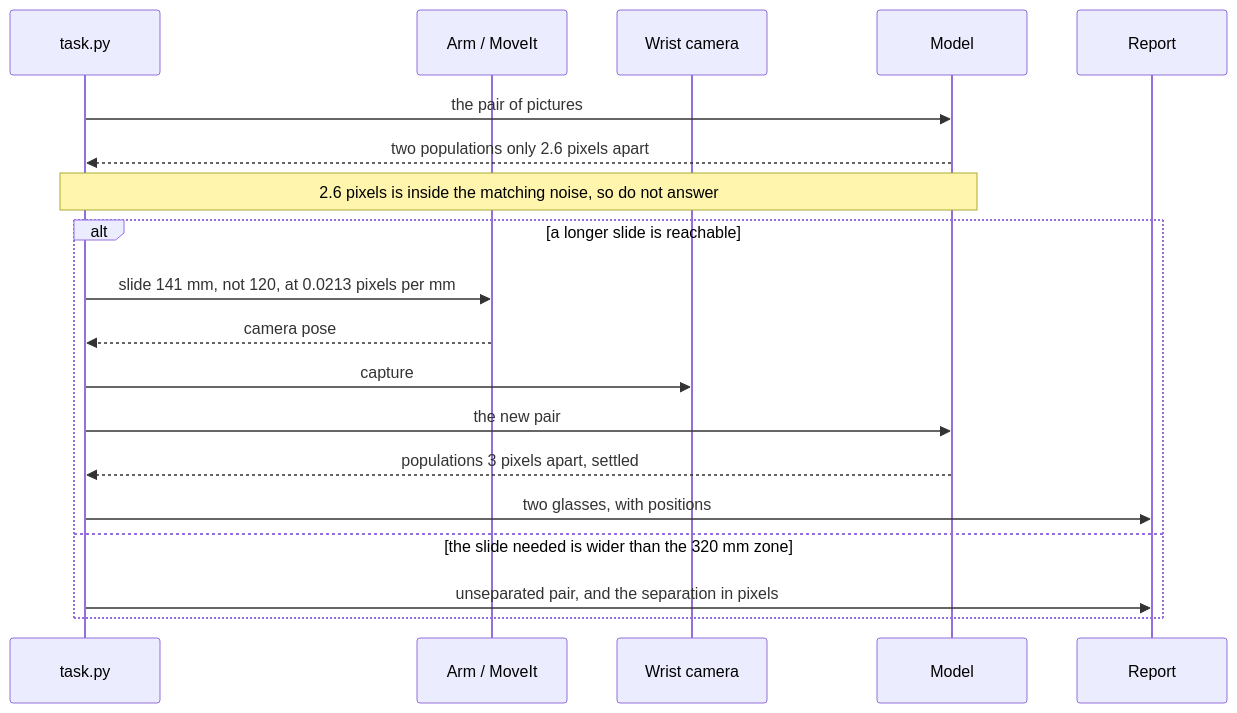
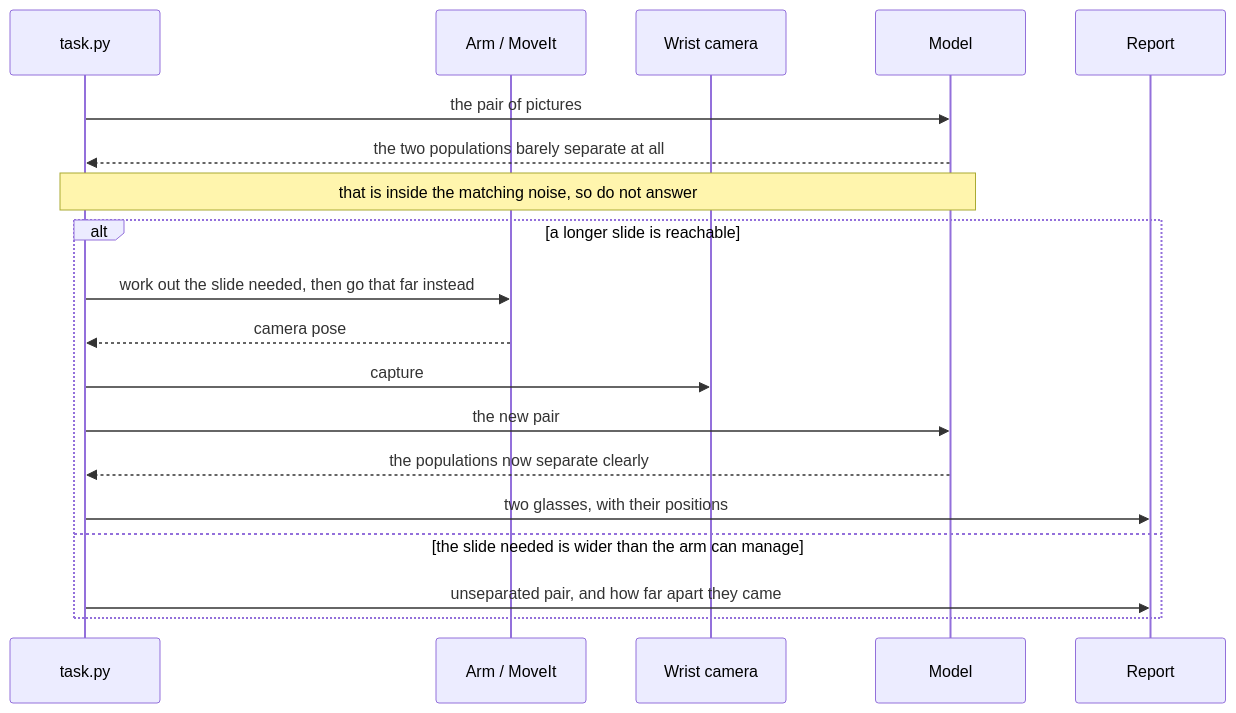
One commit to RobinNagpal/robot-arm-projects changed the second of 3 diagrams in v5-pick-glasses/docs/problem-2/solutions/09-self-supervised-from-the-arms-own-movement.md. Above: the diagram before and after it, drawn with Mermaid. The commit also changed other lines of this file, not shown here.

````diff
--- a/v5-pick-glasses/docs/problem-2/solutions/09-self-supervised-from-the-arms-own-movement.md
+++ b/v5-pick-glasses/docs/problem-2/solutions/09-self-supervised-from-the-arms-own-movement.md
@@ -247,21 +256,21 @@
 ```mermaid
 sequenceDiagram
     participant T as task.py
     participant A as Arm / MoveIt
     participant C as Wrist camera
     participant M as Model
     participant R as Report
     T->>M: the pair of pictures
-    M-->>T: two populations only 2.6 pixels apart
-    Note over T,M: 2.6 pixels is inside the matching noise, so do not answer
+    M-->>T: the two populations barely separate at all
+    Note over T,M: that is inside the matching noise, so do not answer
     alt a longer slide is reachable
-        T->>A: slide 141 mm, not 120, at 0.0213 pixels per mm
+        T->>A: work out the slide needed, then go that far instead
         A-->>T: camera pose
         T->>C: capture
         T->>M: the new pair
-        M-->>T: populations 3 pixels apart, settled
-        T->>R: two glasses, with positions
-    else the slide needed is wider than the 320 mm zone
-        T->>R: unseparated pair, and the separation in pixels
+        M-->>T: the populations now separate clearly
+        T->>R: two glasses, with their positions
+    else the slide needed is wider than the arm can manage
+        T->>R: unseparated pair, and how far apart they came
     end
 ```
````
